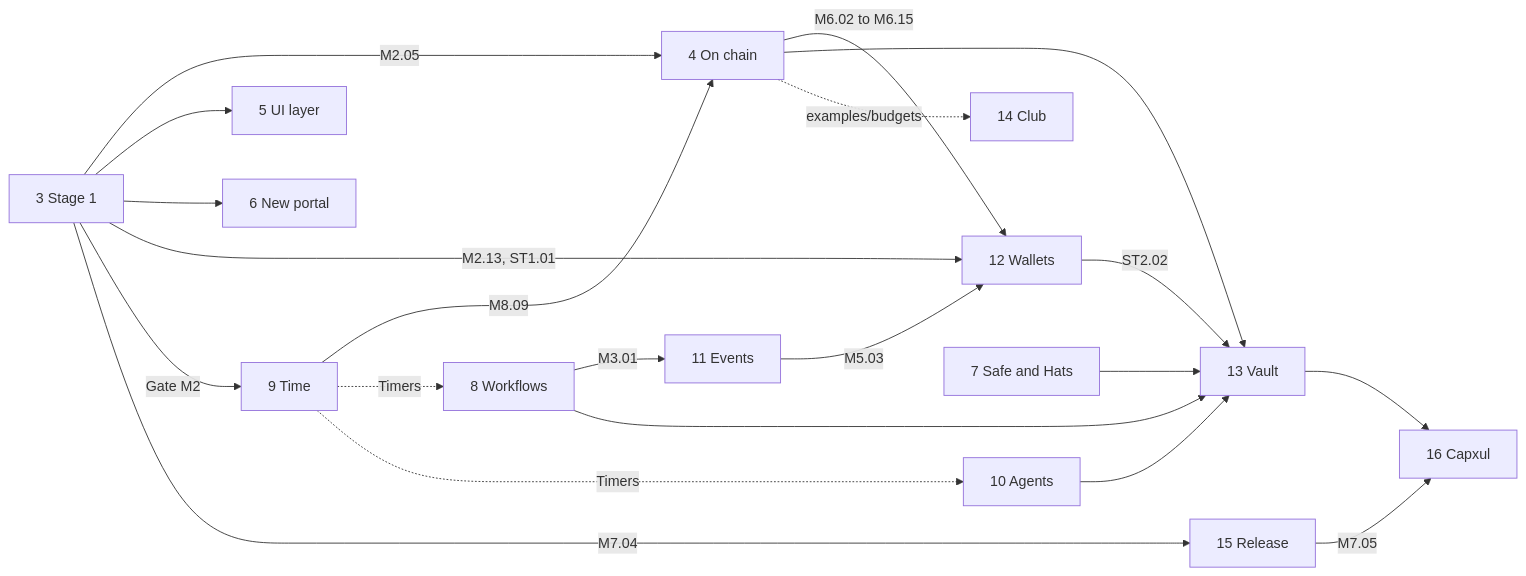
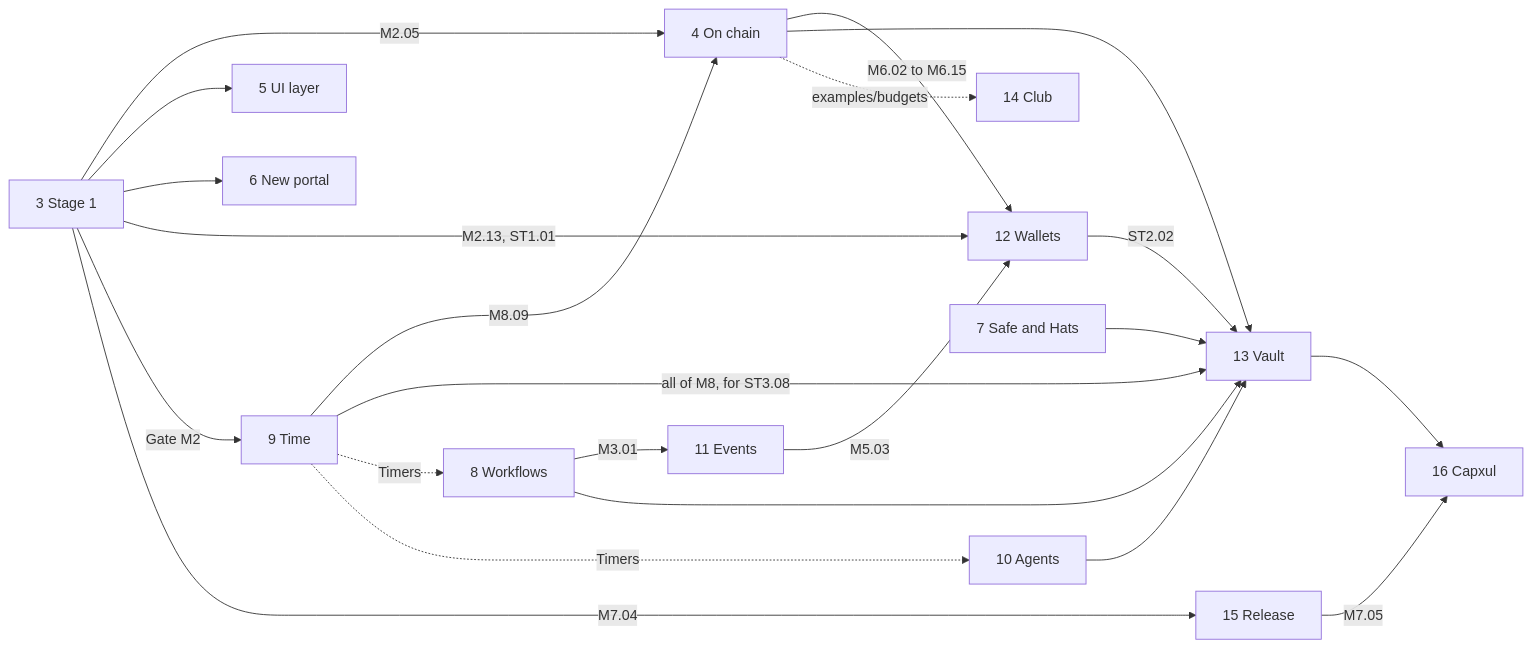
The diagram in design/goals/map.md (AaronAbuUsama/architect), drawn with Mermaid before and after one commit. The commit also changed other lines of this file and 2 other files, not shown here.

Commit message:
Goal map: stage gates' milestone needs (Goal 9 for the vault), the docs roadmap line rewritten (Codex on #306)

````diff
--- a/design/goals/map.md
+++ b/design/goals/map.md
@@ -73,23 +74,24 @@
 ```mermaid
 flowchart LR
   G3[3 Stage 1] -->|M2.05| G4[4 On chain]
   G3 --> G5[5 UI layer]
   G3 --> G6[6 New portal]
   G3 -->|M2.13, ST1.01| G12[12 Wallets]
   G3 -->|Gate M2| G9[9 Time]
   G3 -->|M7.04| G15[15 Release]
   G4 -->|M6.02 to M6.15| G12
   G4 --> G13[13 Vault]
   G4 -.examples/budgets.-> G14[14 Club]
   G9 -->|M8.09| G4
+  G9 -->|all of M8, for ST3.08| G13
   G9 -.Timers.-> G8[8 Workflows]
   G9 -.Timers.-> G10[10 Agents]
   G8 -->|M3.01| G11[11 Events]
   G11 -->|M5.03| G12
   G7[7 Safe and Hats] --> G13
   G8 --> G13
   G10 --> G13
   G12 -->|ST2.02| G13
   G15 -->|M7.05| G16[16 Capxul]
   G13 --> G16
 ```
````
